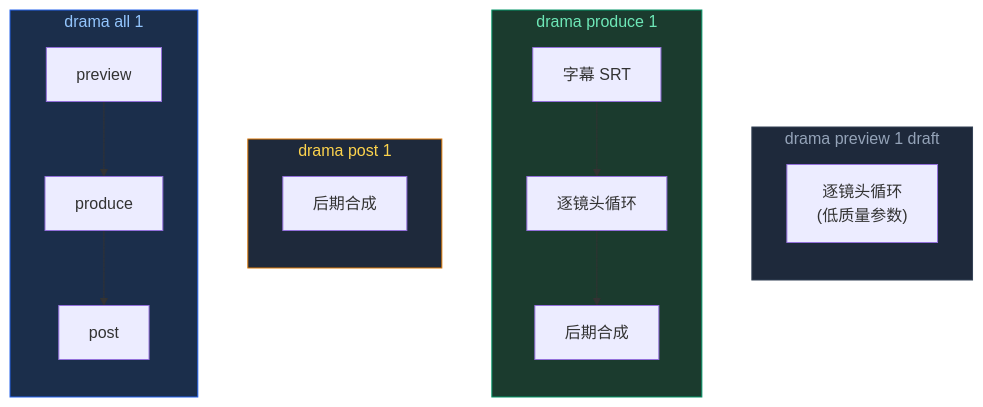
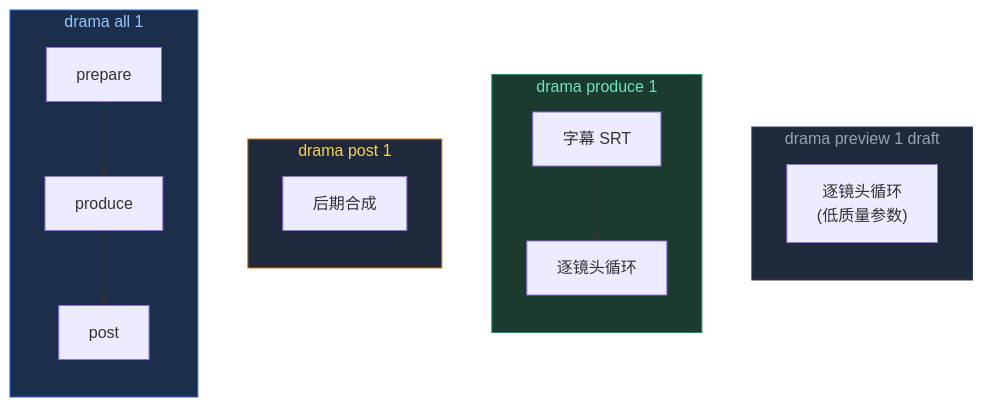
One commit to brother2050/ai-drama-pipeline changed the eighth of 12 diagrams in docs/pipeline.md. Above: the diagram before and after it, drawn with Mermaid. The commit also changed other lines of this file, not shown here.

Commit message:
docs: update pipeline.md — reflect new stage separation (prepare/produce/post)

````diff
--- a/docs/pipeline.md
+++ b/docs/pipeline.md
@@ -289,33 +276,32 @@
 ```mermaid
 flowchart TB
     subgraph preview["drama preview 1 draft"]
         direction TB
         pr_loop["逐镜头循环<br/>(低质量参数)"]
     end
 
     subgraph produce["drama produce 1"]
         direction TB
         po_sub["字幕 SRT"]
         po_loop["逐镜头循环"]
-        po_post["后期合成"]
-        po_sub --> po_loop --> po_post
+        po_sub --> po_loop
     end
 
     subgraph post["drama post 1"]
         direction TB
         pt_post["后期合成"]
     end
 
     subgraph all["drama all 1"]
         direction TB
-        a_pr["preview"]
+        a_pr["prepare"]
         a_po["produce"]
         a_pt["post"]
         a_pr --> a_po --> a_pt
     end
 
     style preview fill:#1e293b,stroke:#334155,color:#94a3b8
     style produce fill:#1b3b2e,stroke:#059669,color:#6ee7b7
     style post fill:#1e293b,stroke:#d97706,color:#fcd34d
     style all fill:#1b2e4b,stroke:#2563eb,color:#93c5fd
 ```
````
